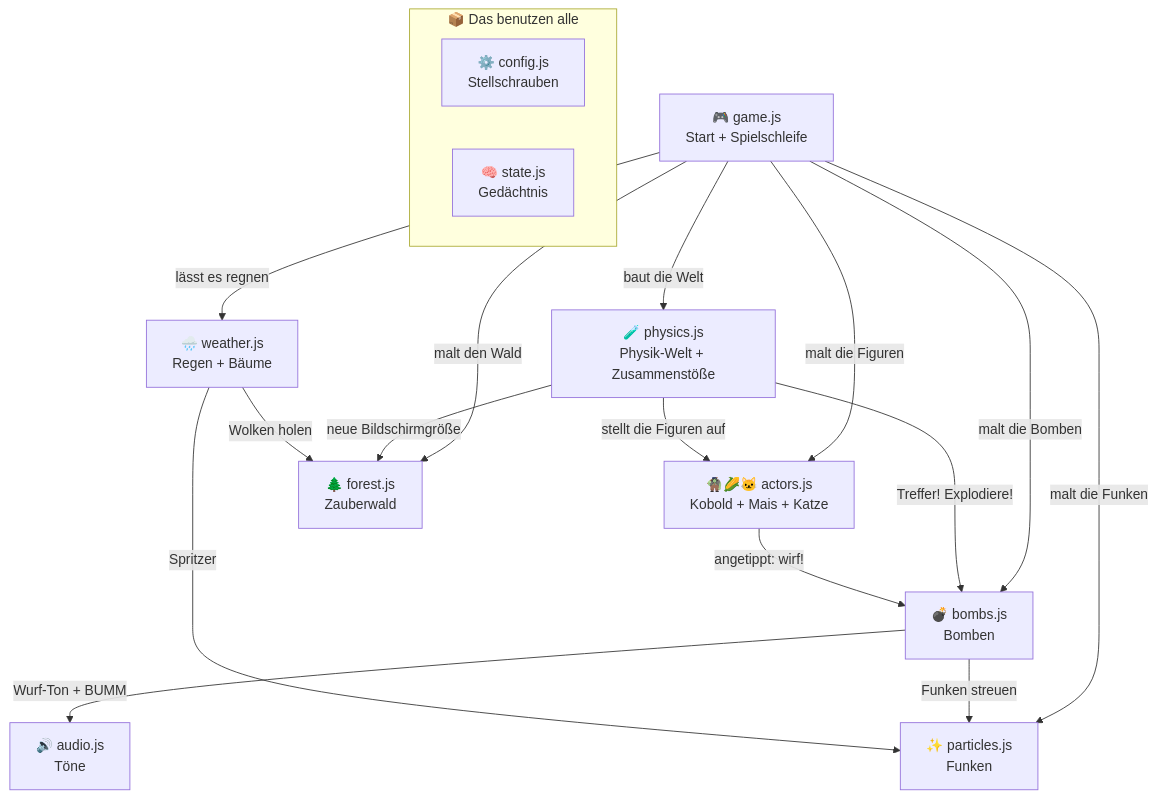
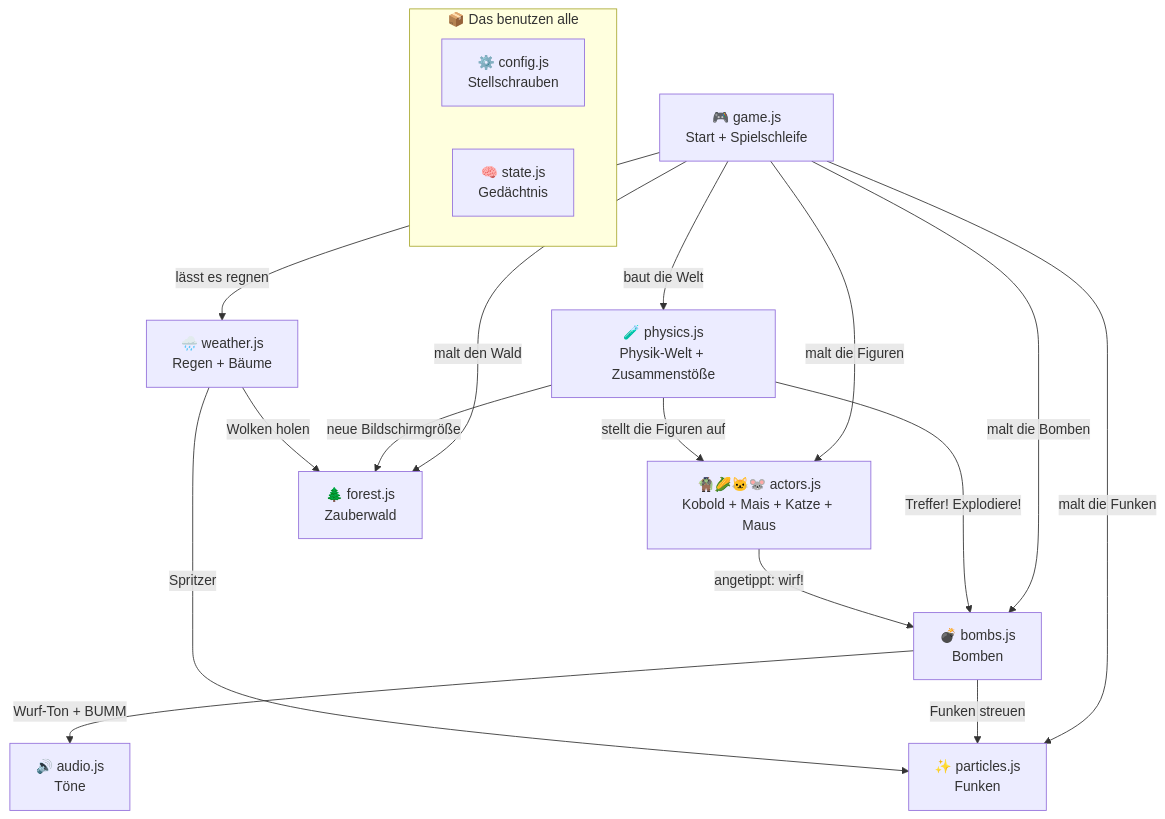
The diagram in js/README.md (felixinberlin/Jugendklub-Lieberose), drawn with Mermaid before and after one commit. The commit also changed other lines of this file and 6 other files, not shown here.

First line of the commit message:
Neue Figur: die Maus 🐭 wirft Käse 🧀 – die Katze jagt die Maus

````diff
--- a/js/README.md
+++ b/js/README.md
@@ -29,33 +29,33 @@
 ```mermaid
 flowchart TD
     game["🎮 game.js<br/>Start + Spielschleife"]
     physics["🧪 physics.js<br/>Physik-Welt + Zusammenstöße"]
-    actors["🧌🌽🐱 actors.js<br/>Kobold + Mais + Katze"]
+    actors["🧌🌽🐱🐭 actors.js<br/>Kobold + Mais + Katze + Maus"]
     bombs["💣 bombs.js<br/>Bomben"]
     forest["🌲 forest.js<br/>Zauberwald"]
     particles["✨ particles.js<br/>Funken"]
     weather["🌧️ weather.js<br/>Regen + Bäume"]
     audio["🔊 audio.js<br/>Töne"]
 
     game -->|"baut die Welt"| physics
     game -->|"malt den Wald"| forest
     game -->|"lässt es regnen"| weather
     game -->|"malt die Figuren"| actors
     game -->|"malt die Bomben"| bombs
     game -->|"malt die Funken"| particles
 
     physics -->|"stellt die Figuren auf"| actors
     physics -->|"Treffer! Explodiere!"| bombs
     physics -->|"neue Bildschirmgröße"| forest
 
     actors -->|"angetippt: wirf!"| bombs
     bombs -->|"Funken streuen"| particles
     bombs -->|"Wurf-Ton + BUMM"| audio
     weather -->|"Spritzer"| particles
     weather -->|"Wolken holen"| forest
 
     subgraph alle ["📦 Das benutzen alle"]
         config["⚙️ config.js<br/>Stellschrauben"]
         state["🧠 state.js<br/>Gedächtnis"]
     end
 ```
````
